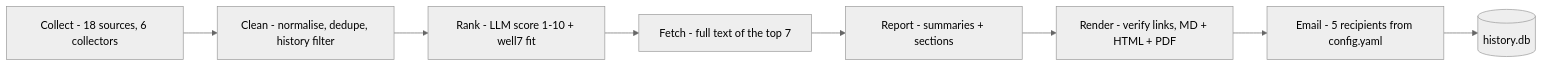
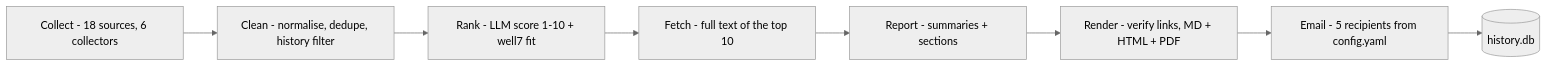
Before and after one commit to badrbajamil1-collab/synthetic-data-weekly: the diagram in README.md, drawn with Mermaid (neutral theme). The commit also changed other lines of this file and 17 other files, not shown here.

````diff
--- a/README.md
+++ b/README.md
@@ -115,10 +115,10 @@
 ```mermaid
 flowchart LR
     A["Collect - 18 sources, 6 collectors"] --> B["Clean - normalise, dedupe, history filter"]
     B --> C["Rank - LLM score 1-10 + well7 fit"]
-    C --> D["Fetch - full text of the top 7"]
+    C --> D["Fetch - full text of the top 10"]
     D --> E["Report - summaries + sections"]
     E --> F["Render - verify links, MD + HTML + PDF"]
     F --> G["Email - 5 recipients from config.yaml"]
     G --> H[("history.db")]
 ```
````
